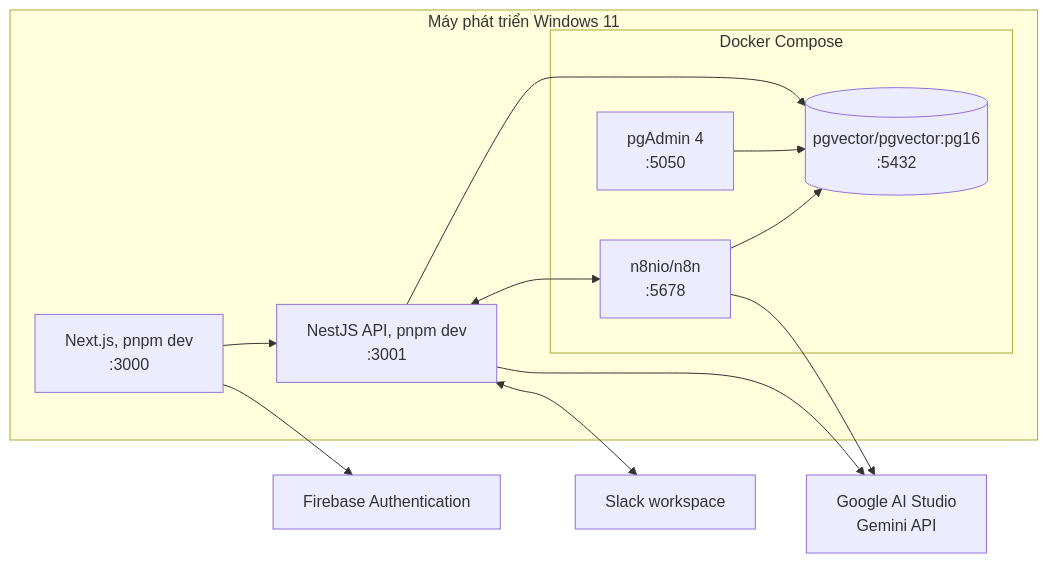
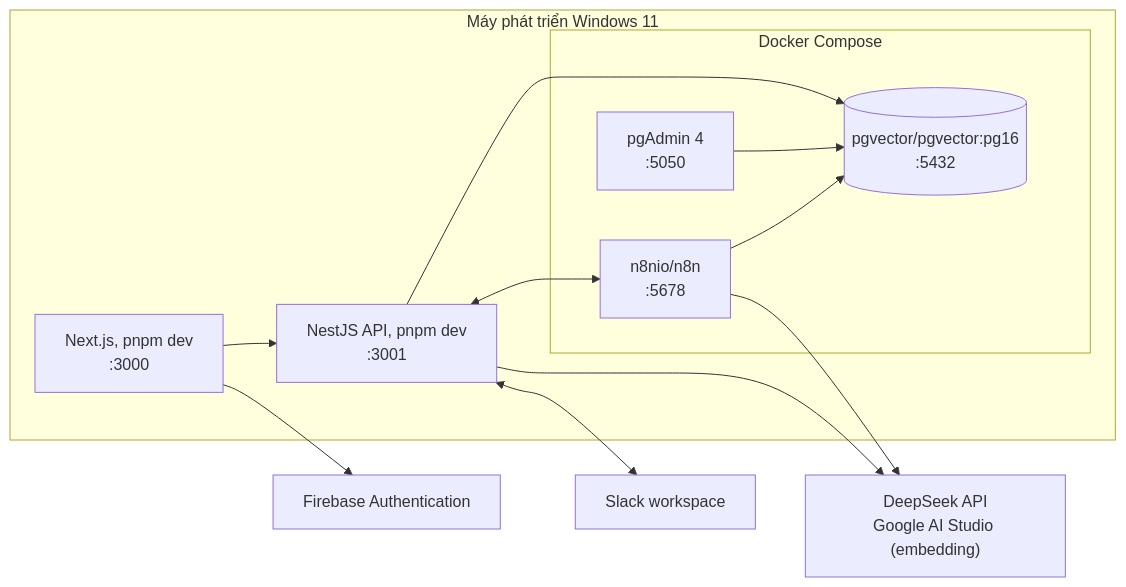
The diagram in docs/diagrams/H4-01-deployment.mmd (NguyenDang182005/khoa-luan), drawn with Mermaid before and after one commit. The commit also changed 306 other files, not shown here.

```diff
--- a/docs/diagrams/H4-01-deployment.mmd
+++ b/docs/diagrams/H4-01-deployment.mmd
@@ -1,21 +1,21 @@
 flowchart LR
   subgraph DEV["Máy phát triển Windows 11"]
     subgraph DC["Docker Compose"]
       PG[("pgvector/pgvector:pg16<br/>:5432")]
       N8N["n8nio/n8n<br/>:5678"]
       PGA["pgAdmin 4<br/>:5050"]
     end
     API["NestJS API, pnpm dev<br/>:3001"]
     WEB["Next.js, pnpm dev<br/>:3000"]
   end
-  GEM["Google AI Studio<br/>Gemini API"]
+  GEM["DeepSeek API<br/>Google AI Studio (embedding)"]
   SLK["Slack workspace"]
   FB["Firebase Authentication"]
   WEB --> API --> PG
   N8N --> PG
   API <--> N8N
   N8N --> GEM
   API --> GEM
   API <--> SLK
   WEB --> FB
   PGA --> PG
```
